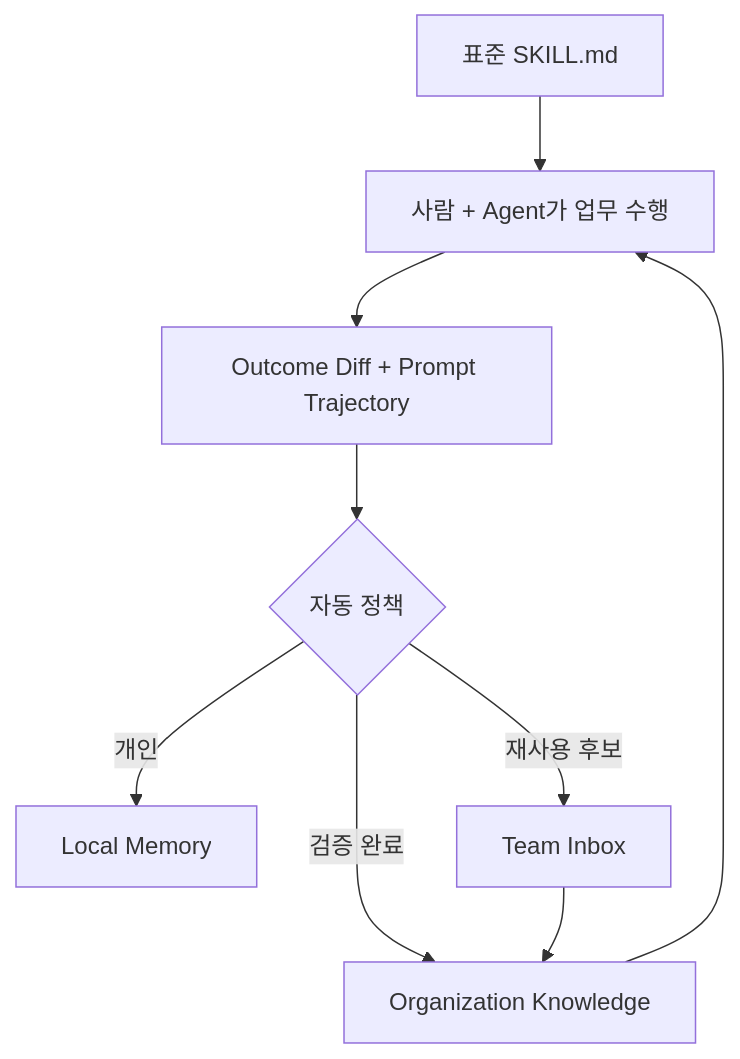
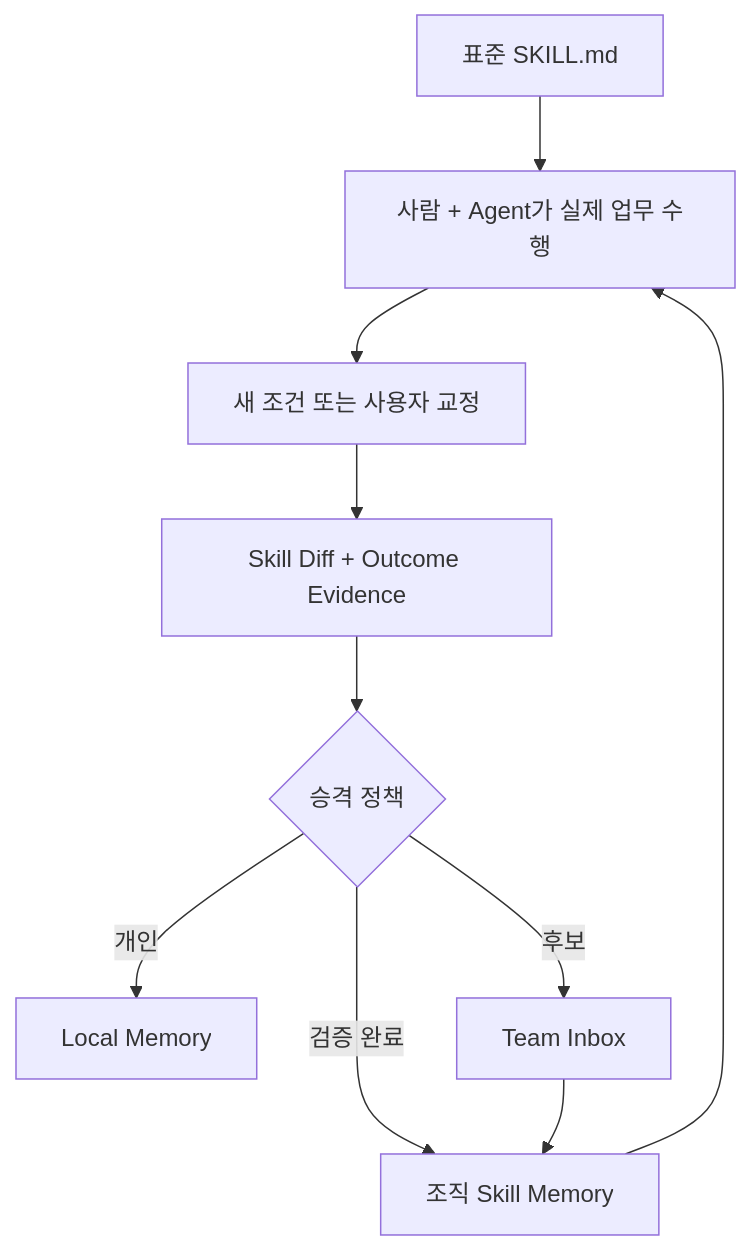
The second of 2 diagrams in README.md (junghoonwoo-stack/context-commit), drawn with Mermaid before and after one commit. The commit also changed other lines of this file, not shown here.

Commit message:
Explain the Skill Diff flywheel

````diff
--- a/README.md
+++ b/README.md
@@ -496,11 +532,12 @@
 ```mermaid
 flowchart TD
-    A["표준 SKILL.md"] --> B["사람 + Agent가 업무 수행"]
-    B --> C["Outcome Diff + Prompt Trajectory"]
-    C --> D{"자동 정책"}
-    D -->|개인| E["Local Memory"]
-    D -->|재사용 후보| F["Team Inbox"]
-    D -->|검증 완료| G["Organization Knowledge"]
-    F --> G
-    G --> B
+    A["표준 SKILL.md"] --> B["사람 + Agent가 실제 업무 수행"]
+    B --> C["새 조건 또는 사용자 교정"]
+    C --> D["Skill Diff + Outcome Evidence"]
+    D --> E{"승격 정책"}
+    E -->|개인| F["Local Memory"]
+    E -->|후보| G["Team Inbox"]
+    E -->|검증 완료| H["조직 Skill Memory"]
+    G --> H
+    H --> B
 ```
````
